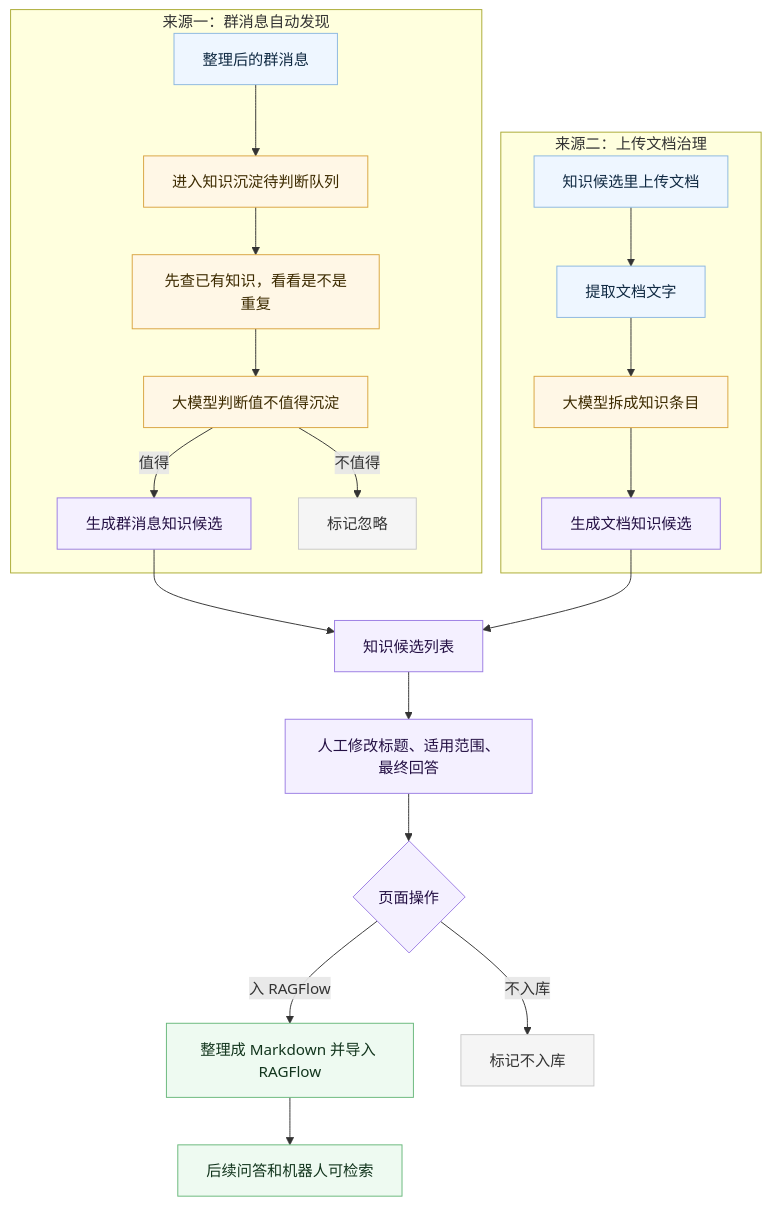
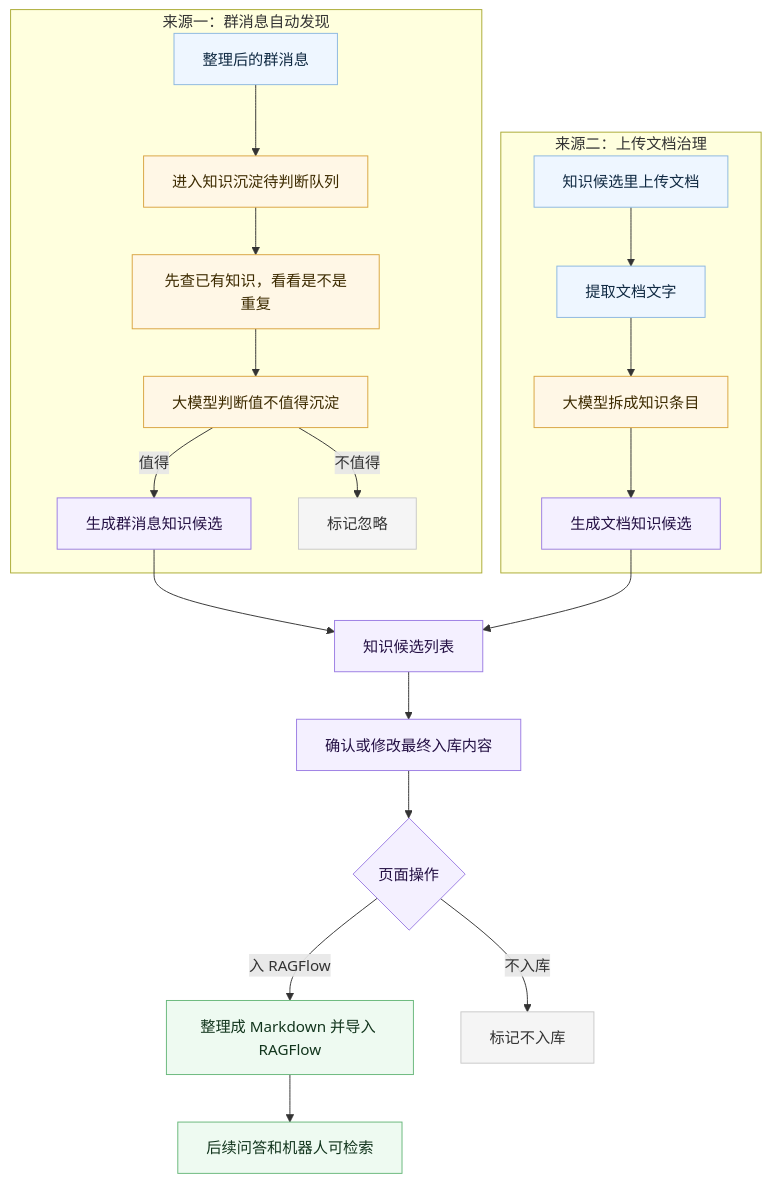
Before and after one commit to EthanScriptOn/ai_platform: the third of 3 diagrams in flowbot-knowledge-data-flow.md, drawn with Mermaid. The commit also changed other lines of this file, not shown here.

Commit message:
Simplify knowledge import review doc

````diff
--- a/flowbot-knowledge-data-flow.md
+++ b/flowbot-knowledge-data-flow.md
@@ -148,38 +148,38 @@
 ```mermaid
 flowchart TD
   subgraph groupSource[来源一：群消息自动发现]
     msg[整理后的群消息] --> waitJudge[进入知识沉淀待判断队列]
     waitJudge --> judgeOld[先查已有知识，看看是不是重复]
     judgeOld --> judgeAi[大模型判断值不值得沉淀]
     judgeAi -->|值得| groupCandidate[生成群消息知识候选]
     judgeAi -->|不值得| groupIgnore[标记忽略]
   end
 
   subgraph docSource[来源二：上传文档治理]
     upload[知识候选里上传文档] --> readText[提取文档文字]
     readText --> splitByAi[大模型拆成知识条目]
     splitByAi --> docCandidate[生成文档知识候选]
   end
 
   groupCandidate --> reviewList[知识候选列表]
   docCandidate --> reviewList
-  reviewList --> edit[人工修改标题、适用范围、最终回答]
+  reviewList --> edit[确认或修改最终入库内容]
   edit --> decision{页面操作}
 
   decision -->|入 RAGFlow| importRagflow[整理成 Markdown 并导入 RAGFlow]
   decision -->|不入库| reject[标记不入库]
 
   importRagflow --> qa[后续问答和机器人可检索]
 
   classDef sourceLine fill:#eef6ff,stroke:#8bb7e0,color:#102a43;
   classDef aiLine fill:#fff7e6,stroke:#d9a441,color:#3d2b00;
   classDef reviewLine fill:#f4f0ff,stroke:#9b7de3,color:#241044;
   classDef resultLine fill:#eefaf1,stroke:#67b77a,color:#12351d;
   classDef muted fill:#f5f5f5,stroke:#c9c9c9,color:#333;
 
   class msg,upload,readText sourceLine;
   class waitJudge,judgeOld,judgeAi,splitByAi aiLine;
   class groupCandidate,docCandidate,reviewList,edit,decision reviewLine;
   class importRagflow,qa resultLine;
   class groupIgnore,reject muted;
 ```
````
